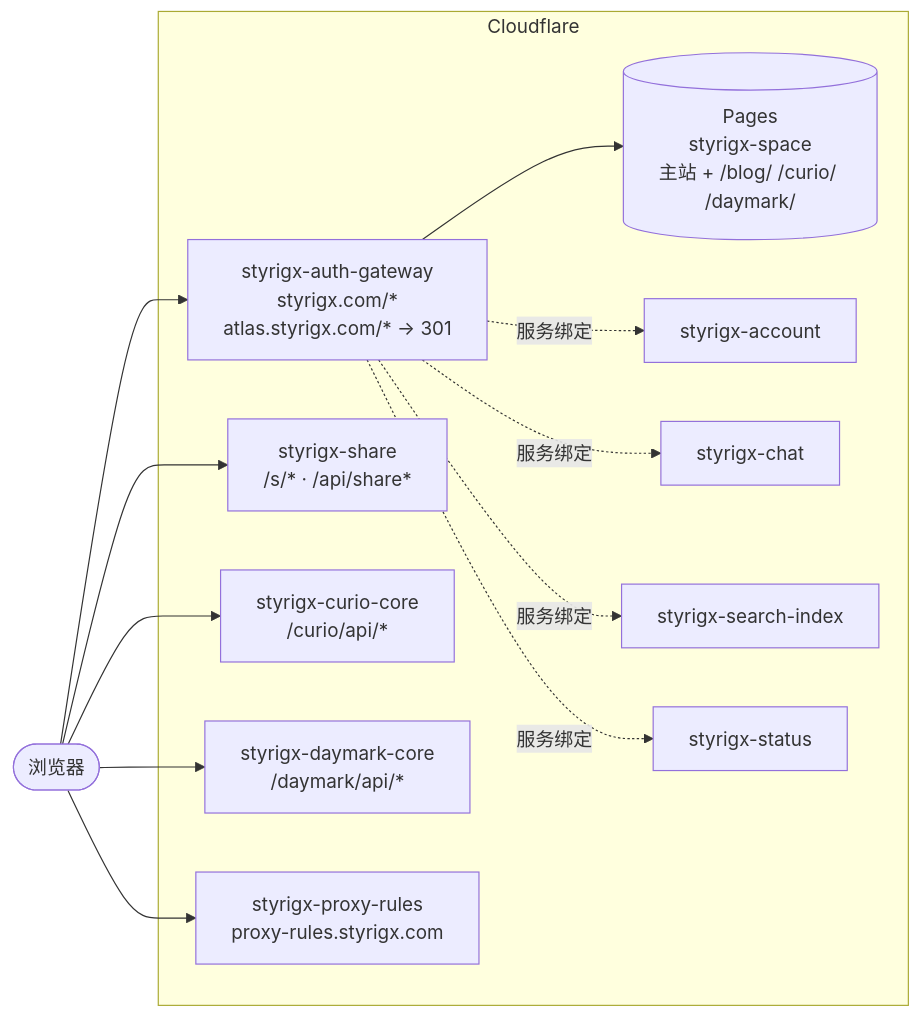
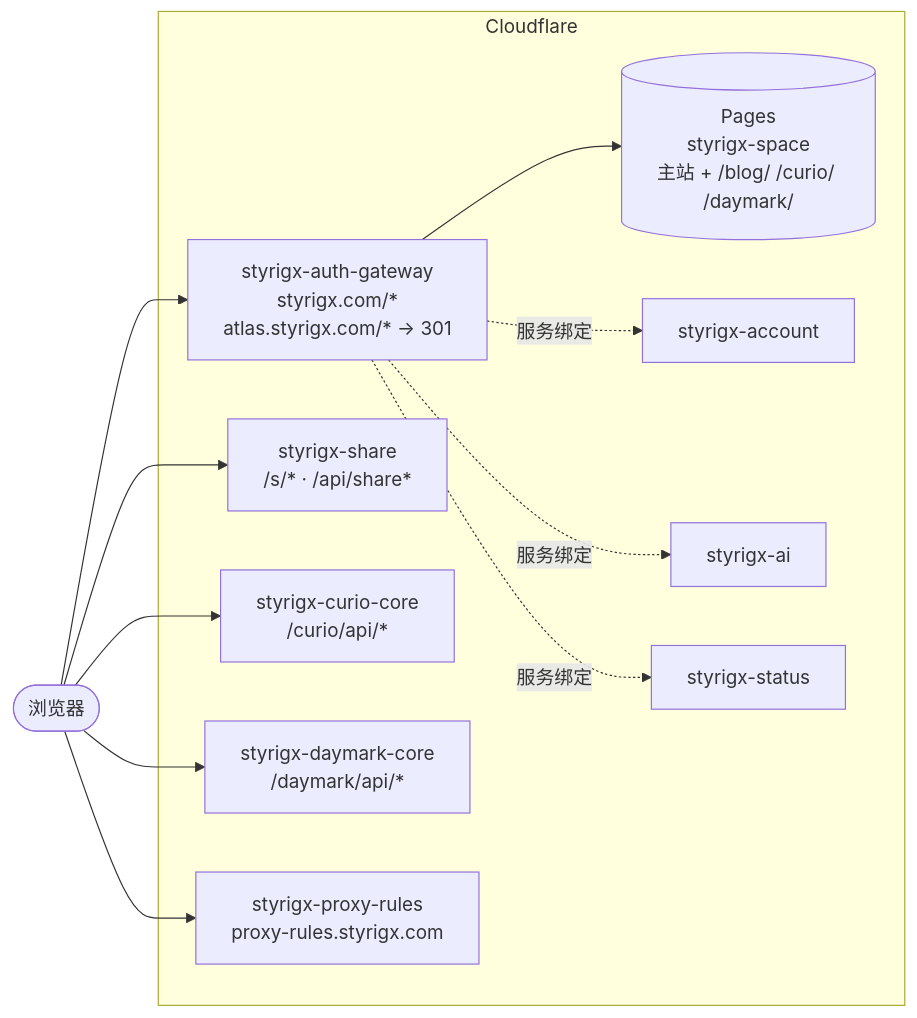
The diagram in README.md (styrigx/styrigx-space), drawn with Mermaid before and after one commit. The commit also changed other lines of this file and 140 other files, not shown here.

````diff
--- a/README.md
+++ b/README.md
@@ -70,20 +69,19 @@
 ```mermaid
 flowchart LR
   V([浏览器]) --> GW
   subgraph CF[Cloudflare]
     GW[styrigx-auth-gateway<br/>styrigx.com/*<br/>atlas.styrigx.com/* → 301]
     SH[styrigx-share<br/>/s/* · /api/share*]
     CC[styrigx-curio-core<br/>/curio/api/*]
     DC[styrigx-daymark-core<br/>/daymark/api/*]
     GW --> P1[(Pages<br/>styrigx-space<br/>主站 + /blog/ /curio/ /daymark/)]
     GW -. 服务绑定 .-> AC[styrigx-account]
-    GW -. 服务绑定 .-> CH[styrigx-chat]
-    GW -. 服务绑定 .-> SE[styrigx-search-index]
+    GW -. 服务绑定 .-> AI[styrigx-ai]
     GW -. 服务绑定 .-> ST[styrigx-status]
     PR[styrigx-proxy-rules<br/>proxy-rules.styrigx.com]
   end
   V --> SH
   V --> CC
   V --> DC
   V --> PR
 ```
````
